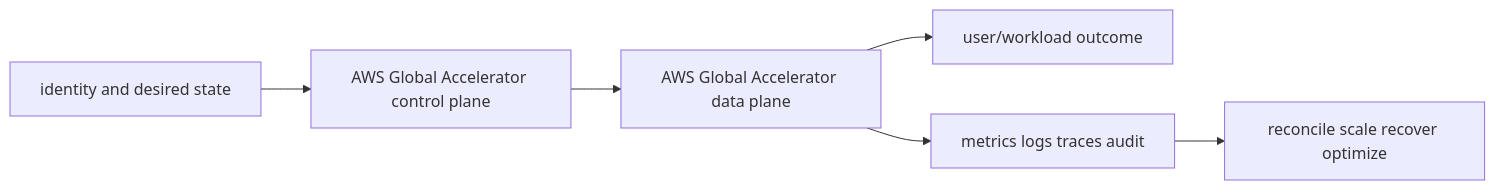
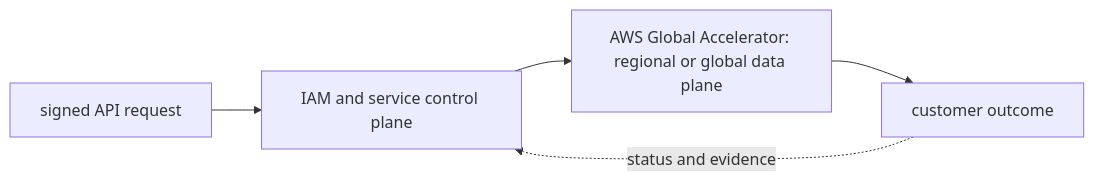
The diagram in 07-aws/04-load-balancing/04-global-accelerator/README.md (tomkidumbuyo/DevOps-interview-preparation), drawn with Mermaid before and after one commit. The commit also changed other lines of this file and 753 other files, not shown here.

````diff
--- a/07-aws/04-load-balancing/04-global-accelerator/README.md
+++ b/07-aws/04-load-balancing/04-global-accelerator/README.md
@@ -19,8 +31,7 @@
 ```mermaid
 flowchart LR
-  I[identity and desired state] --> C[AWS Global Accelerator control plane]
-  C --> D[AWS Global Accelerator data plane]
-  D --> U[user/workload outcome]
-  D --> O[metrics logs traces audit]
-  O --> R[reconcile scale recover optimize]
+  A["signed API request"] --> B["IAM and service control plane"]
+  B --> C["AWS Global Accelerator: regional or global data plane"]
+  C --> D["customer outcome"]
+  D -. "status and evidence" .-> B
 ```
````
